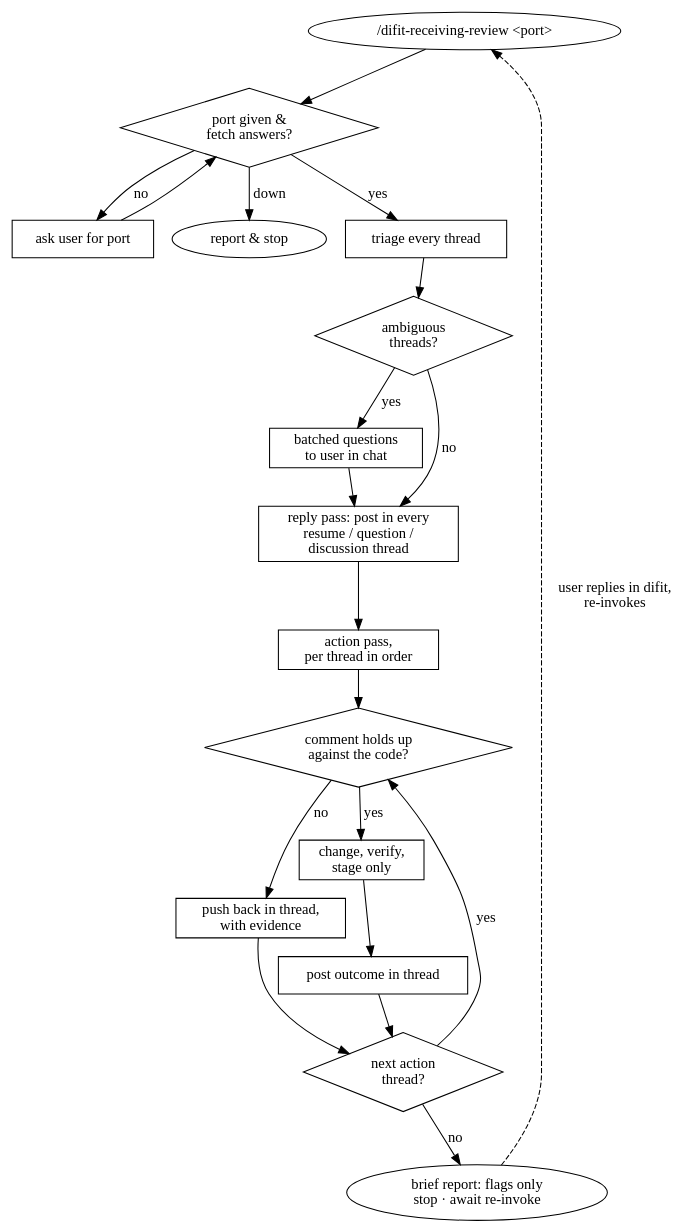
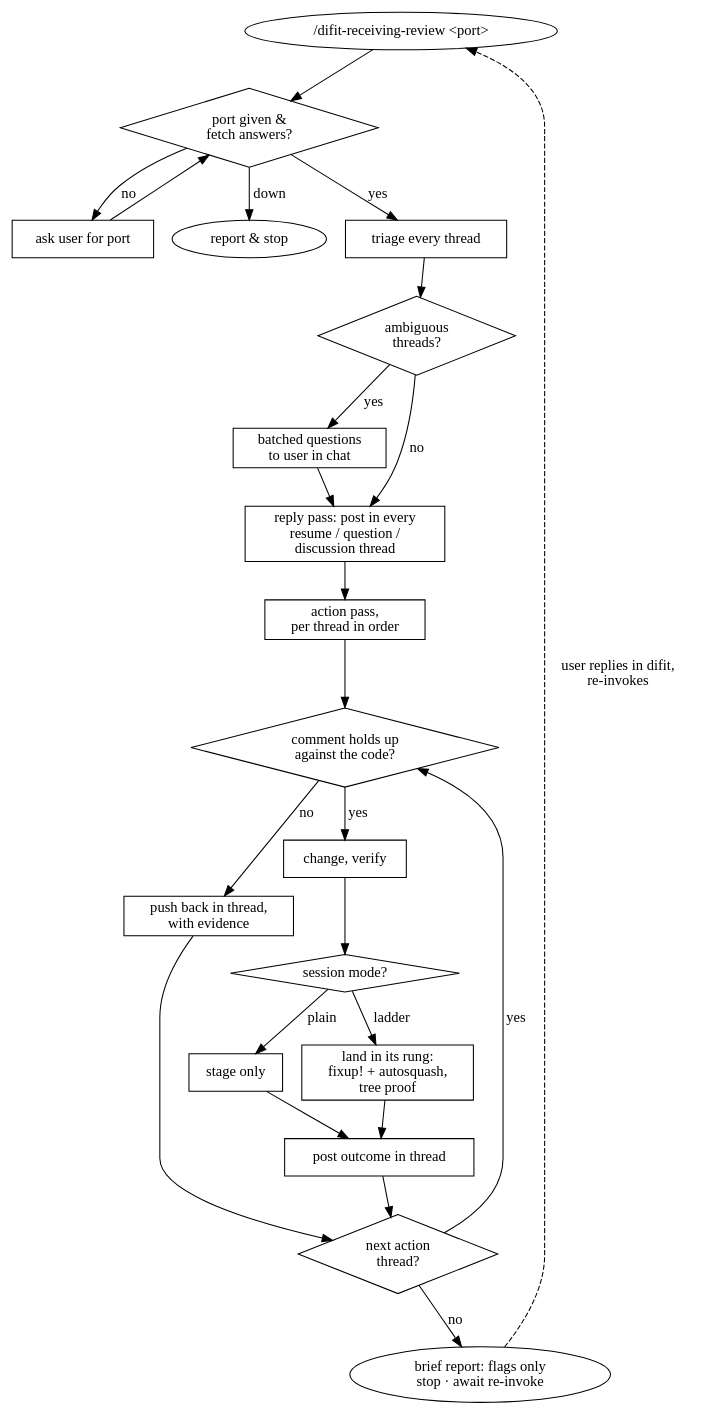
The diagram in difit-receiving-review/SKILL.md (HumanBean17/featured-skills), drawn with Graphviz before and after one commit. The commit also changed other lines of this file and 2 other files, not shown here.

First line of the commit message:
Add review-loop; land difit-receiving-review fixes in their rung (#12)

````diff
--- a/difit-receiving-review/SKILL.md
+++ b/difit-receiving-review/SKILL.md
@@ -10,43 +10,51 @@
 ```dot
 digraph difit_receiving_review {
   rankdir=TB;
   node [shape=box];
 
   start    [shape=oval, label="/difit-receiving-review <port>"];
   askPort  [label="ask user for port"];
   fetch    [shape=diamond, label="port given &\nfetch answers?"];
   stopDown [shape=oval, label="report & stop"];
 
   triage   [label="triage every thread"];
   ambig    [shape=diamond, label="ambiguous\nthreads?"];
   askChat  [label="batched questions\nto user in chat"];
   replies  [label="reply pass: post in every\nresume / question /\ndiscussion thread"];
 
   actions  [label="action pass,\nper thread in order"];
   holdsUp  [shape=diamond, label="comment holds up\nagainst the code?"];
   pushBack [label="push back in thread,\nwith evidence"];
-  fix      [label="change, verify,\nstage only"];
+  fix      [label="change, verify"];
+  mode     [shape=diamond, label="session mode?"];
+  stage    [label="stage only"];
+  land     [label="land in its rung:\nfixup! + autosquash,\ntree proof"];
   outcome  [label="post outcome in thread"];
   next     [shape=diamond, label="next action\nthread?"];
   report   [shape=oval, label="brief report: flags only\nstop · await re-invoke"];
 
   start -> fetch;
   askPort -> fetch;
   fetch -> askPort [label="no"];
   fetch -> stopDown [label="down"];
   fetch -> triage [label="yes"];
   triage -> ambig;
   ambig -> askChat [label="yes"];
   askChat -> replies;
   ambig -> replies [label="no"];
   replies -> actions;
   actions -> holdsUp;
   holdsUp -> pushBack [label="no"];
   pushBack -> next;
   holdsUp -> fix [label="yes"];
-  fix -> outcome -> next;
+  fix -> mode;
+  mode -> stage [label="plain"];
+  mode -> land [label="ladder"];
+  stage -> outcome;
+  land -> outcome;
+  outcome -> next;
   next -> holdsUp [label="yes"];
   next -> report [label="no"];
   report -> start [style=dashed, label="user replies in difit,\nre-invokes"];
 }
 ```
````
